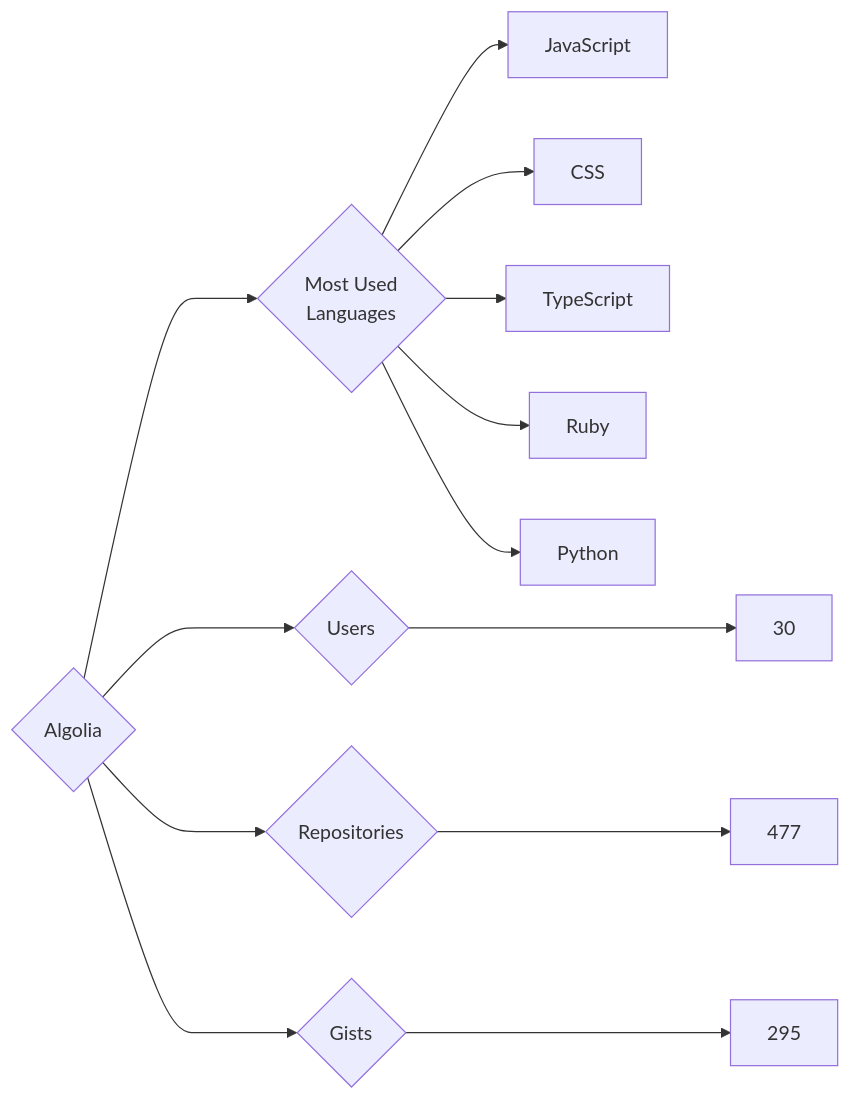
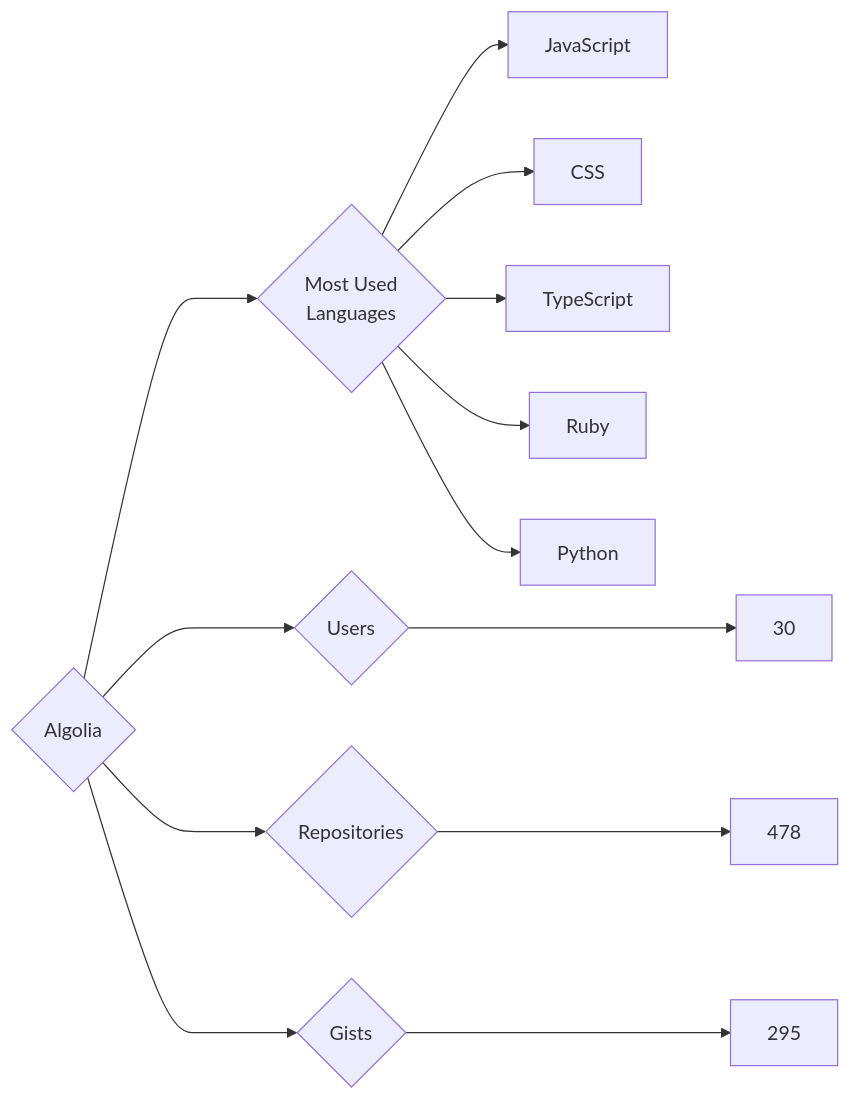
The diagram in targets/Algolia/README.md (trickest/insiders), drawn with Mermaid before and after one commit. The commit also changed 682 other files, not shown here.

````diff
--- a/targets/Algolia/README.md
+++ b/targets/Algolia/README.md
@@ -3,13 +3,13 @@
 ```mermaid
 graph LR
 COMPANY_NAME{Algolia}
 COMPANY_NAME ---> U{Users} ---> UN[30]
-COMPANY_NAME ---> R{Repositories} ---> RN[477]
+COMPANY_NAME ---> R{Repositories} ---> RN[478]
 COMPANY_NAME ---> G{Gists} ---> GN[295]
 COMPANY_NAME ---> ML{Most Used<br>Languages}
 ML --> JavaScript[JavaScript]
 ML --> CSS[CSS]
 ML --> TypeScript[TypeScript]
 ML --> Ruby[Ruby]
 ML --> Python[Python]
 ```
````
